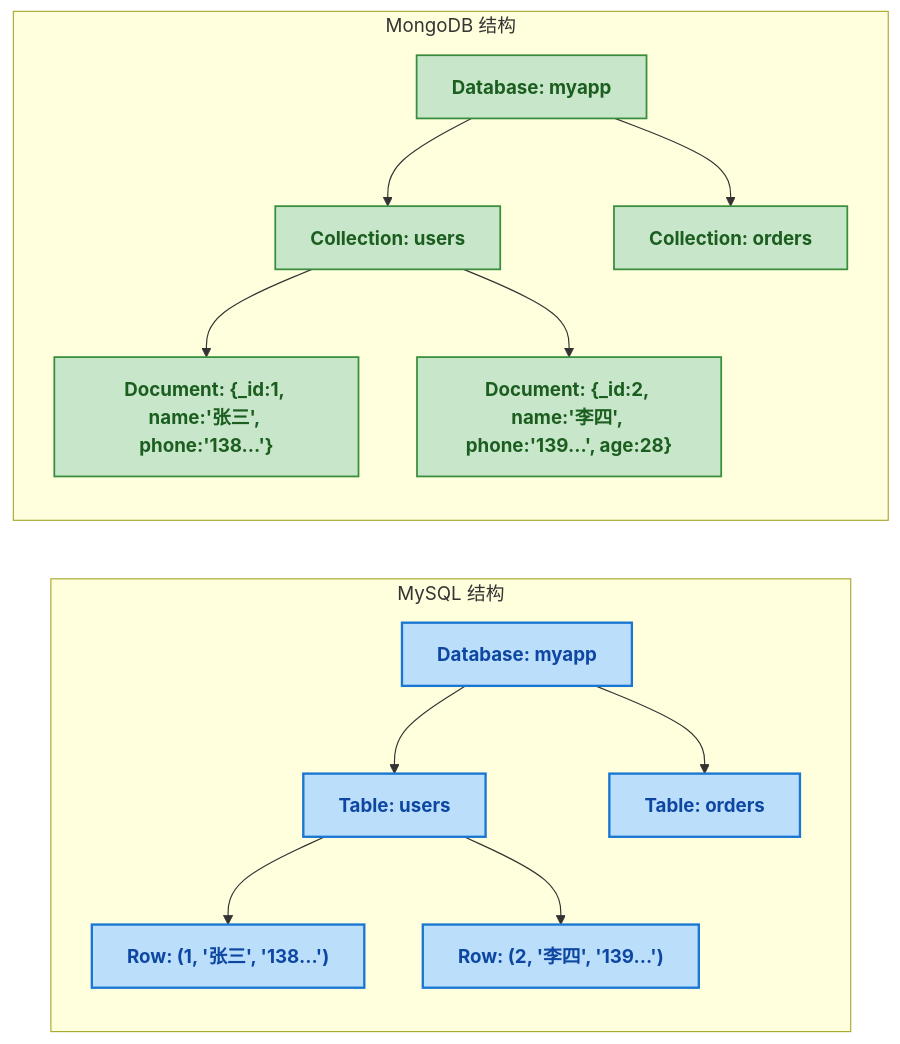
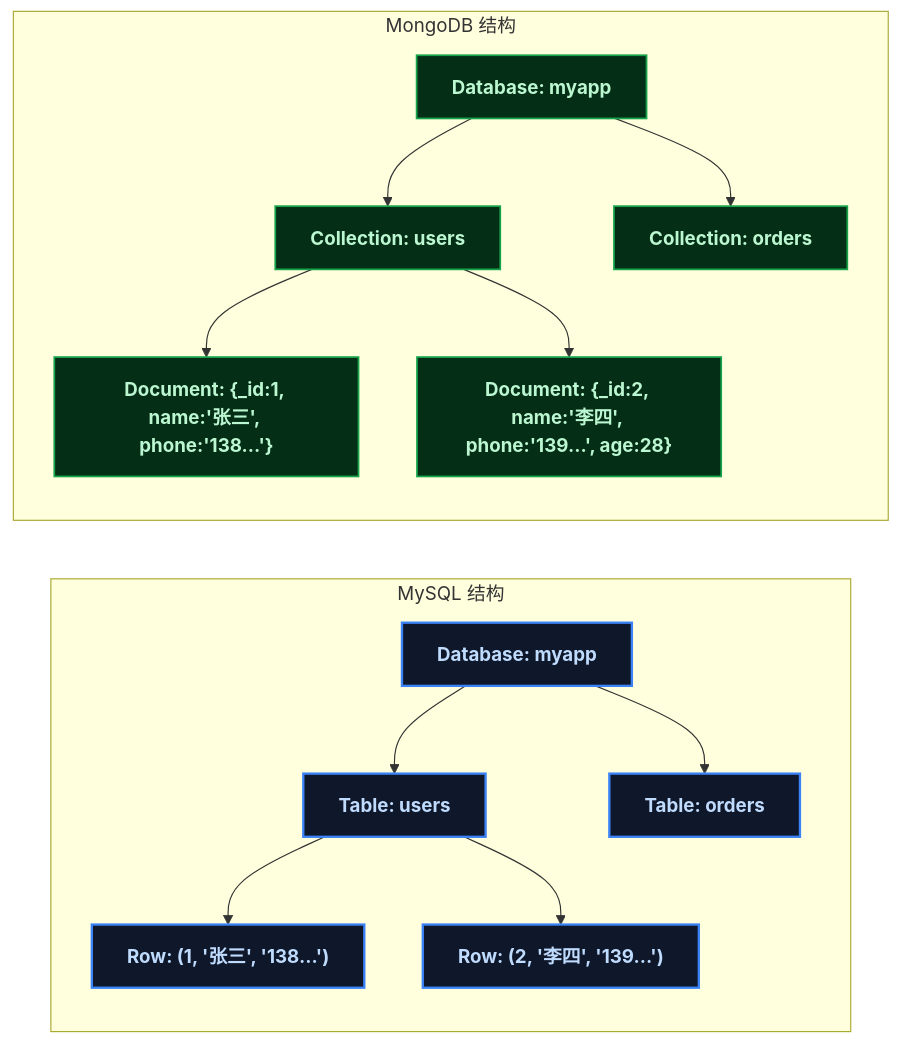
The diagram in content/posts/mongodb/MongoDBFundamentals.md (yaocat55/yaocat55.github.io), drawn with Mermaid before and after one commit. The commit also changed 155 other files, not shown here.

````diff
--- a/content/posts/mongodb/MongoDBFundamentals.md
+++ b/content/posts/mongodb/MongoDBFundamentals.md
@@ -121,22 +121,22 @@
 ```mermaid
 flowchart LR
-    classDef mysql fill:#BBDEFB,stroke:#1976D2,stroke-width:2px,color:#0D47A1,font-weight:bold;
-    classDef mongo fill:#C8E6C9,stroke:#388E3C,stroke-width:1.5px,color:#1B5E20,font-weight:bold;
+classDef mysql fill:#0f172a,stroke:#3b82f6,stroke-width:2px,color:#bfdbfe,font-weight:bold;
+classDef mongo fill:#052e16,stroke:#16a34a,stroke-width:1.5px,color:#bbf7d0,font-weight:bold;
 
     subgraph MYSQL_SIDE ["MySQL 结构"]
         M_DB[Database: myapp] --> M_TBL1[Table: users]
         M_DB --> M_TBL2[Table: orders]
         M_TBL1 --> M_ROW1["Row: (1, '张三', '138...')"]
         M_TBL1 --> M_ROW2["Row: (2, '李四', '139...')"]
     end
 
     subgraph MONGO_SIDE ["MongoDB 结构"]
         N_DB[Database: myapp] --> N_COL1[Collection: users]
         N_DB --> N_COL2[Collection: orders]
         N_COL1 --> N_DOC1["Document: {_id:1, name:'张三', phone:'138...'}"]
         N_COL1 --> N_DOC2["Document: {_id:2, name:'李四', phone:'139...', age:28}"]
     end
 
     class M_DB,M_TBL1,M_TBL2,M_ROW1,M_ROW2 mysql;
     class N_DB,N_COL1,N_COL2,N_DOC1,N_DOC2 mongo;
 ```
````
